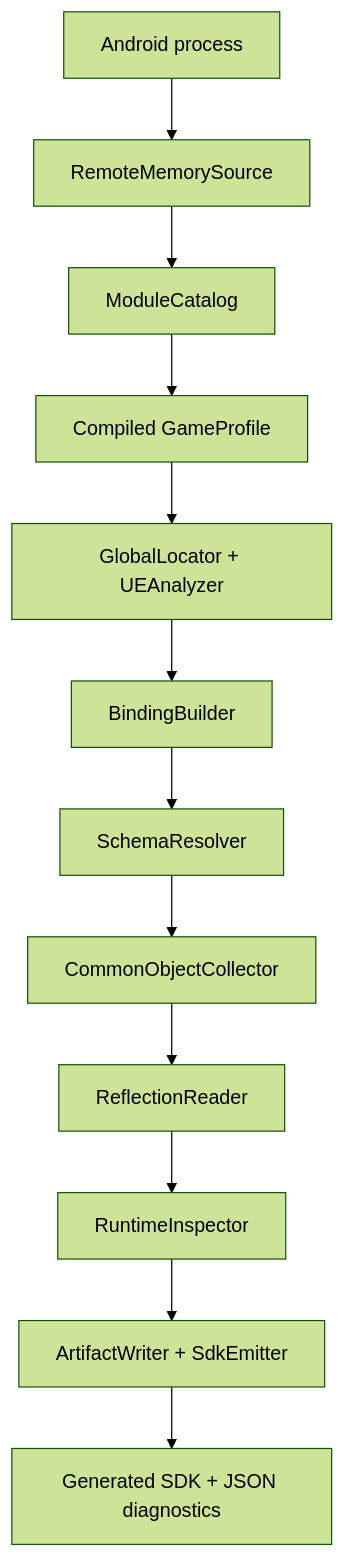
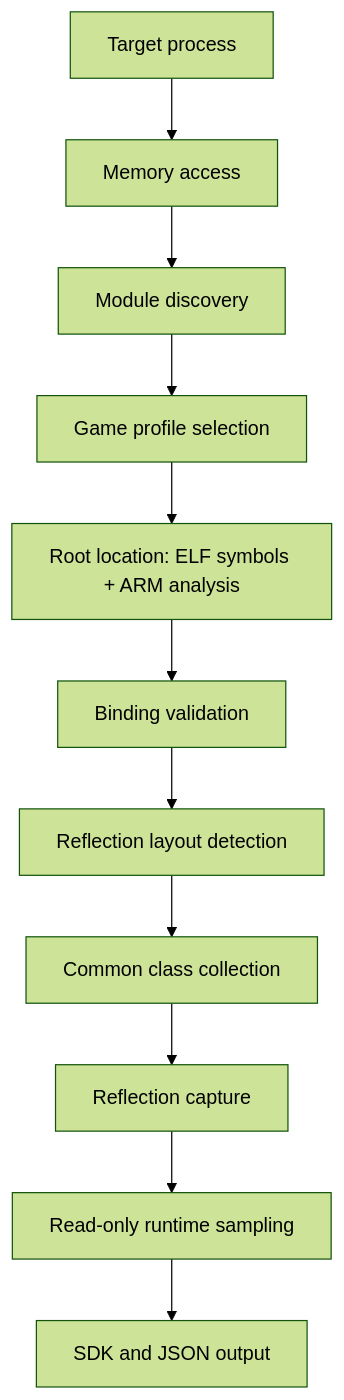
Before and after one commit to Ezeny1337/NextDumper: the diagram in README.md, drawn with Mermaid (forest theme). The commit also changed other lines of this file and 1 other file, not shown here.

````diff
--- a/README.md
+++ b/README.md
@@ -34,14 +33,13 @@
 ```mermaid
 flowchart TD
-    A[Android process] --> B[RemoteMemorySource]
-    B --> C[ModuleCatalog]
-    C --> D[Compiled GameProfile]
-    D --> E[GlobalLocator + UEAnalyzer]
-    E --> F[BindingBuilder]
-    F --> G[SchemaResolver]
-    G --> H[CommonObjectCollector]
-    H --> I[ReflectionReader]
-    I --> K[RuntimeInspector]
-    K --> L[ArtifactWriter + SdkEmitter]
-    L --> M[Generated SDK + JSON diagnostics]
+    A[Target process] --> B[Memory access]
+    B --> C[Module discovery]
+    C --> D[Game profile selection]
+    D --> E[Root location: ELF symbols + ARM analysis]
+    E --> F[Binding validation]
+    F --> G[Reflection layout detection]
+    G --> H[Common class collection]
+    H --> I[Reflection capture]
+    I --> J[Read-only runtime sampling]
+    J --> K[SDK and JSON output]
 ```
````
